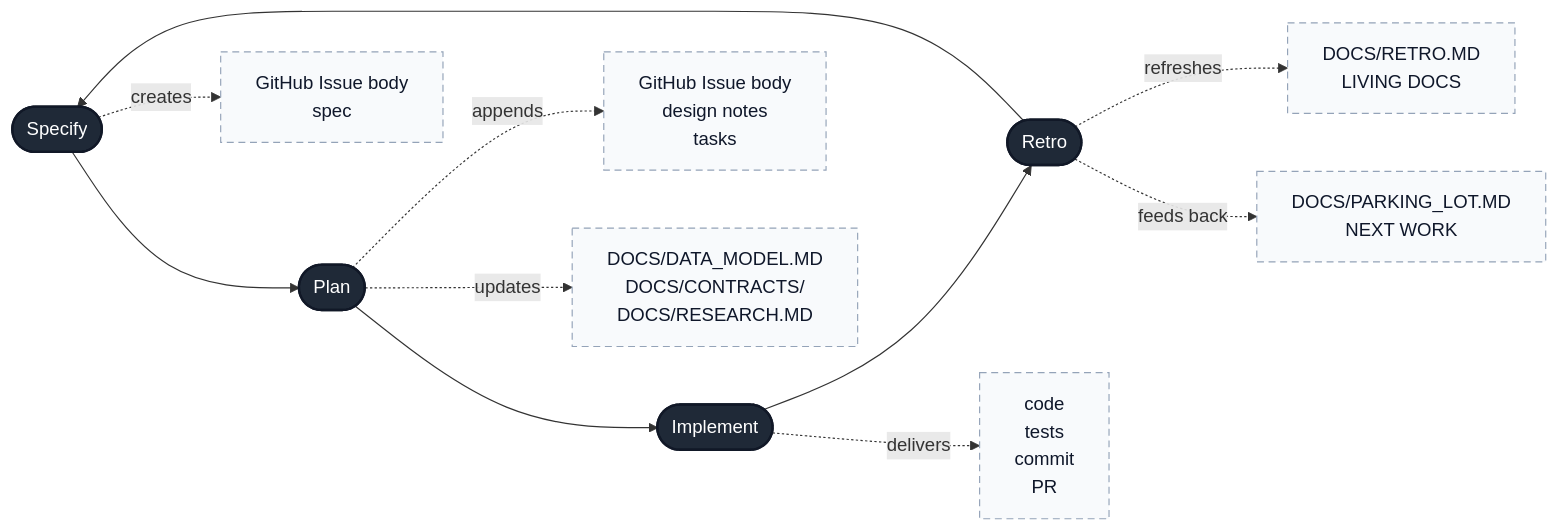
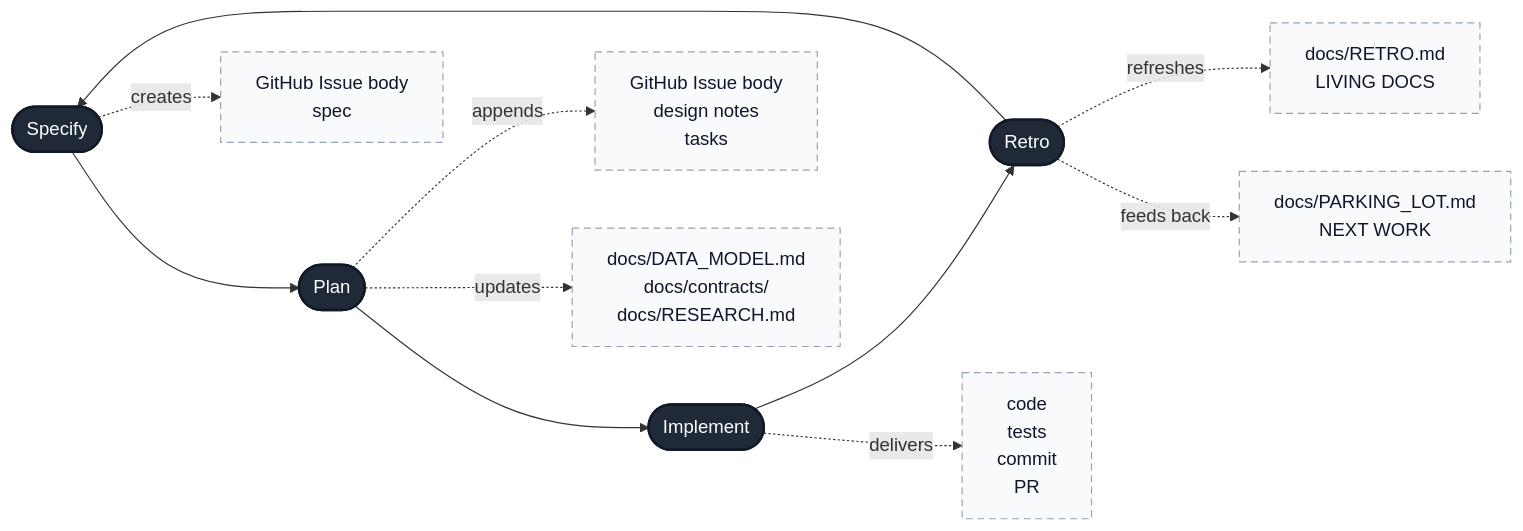
One commit to ranvirsingh/speckit changed the diagram in README.md. Above: the diagram before and after it, drawn with Mermaid. The commit also changed other lines of this file, not shown here.

````diff
--- a/README.md
+++ b/README.md
@@ -68,20 +68,20 @@
 ```mermaid
 flowchart LR
   S([Specify]) --> P([Plan])
   P --> I([Implement])
   I --> R([Retro])
   R --> S
 
   S -. creates .-> S1[GitHub Issue body<br/>spec]
   P -. appends .-> P1[GitHub Issue body<br/>design notes<br/>tasks]
-  P -. updates .-> P2[DOCS/DATA_MODEL.MD<br/>DOCS/CONTRACTS/<br/>DOCS/RESEARCH.MD]
+  P -. updates .-> P2[docs/DATA_MODEL.md<br/>docs/contracts/<br/>docs/RESEARCH.md]
   I -. delivers .-> I1[code<br/>tests<br/>commit<br/>PR]
-  R -. refreshes .-> R1[DOCS/RETRO.MD<br/>LIVING DOCS]
-  R -. feeds back .-> R2[DOCS/PARKING_LOT.MD<br/>NEXT WORK]
+  R -. refreshes .-> R1[docs/RETRO.md<br/>LIVING DOCS]
+  R -. feeds back .-> R2[docs/PARKING_LOT.md<br/>NEXT WORK]
 
   classDef phase fill:#1f2937,color:#ffffff,stroke:#111827,stroke-width:2px;
   classDef artifact fill:#f8fafc,color:#0f172a,stroke:#94a3b8,stroke-width:1px,stroke-dasharray: 6 4;
 
   class S,P,I,R phase;
   class S1,P1,P2,I1,R1,R2 artifact;
 ```
````
